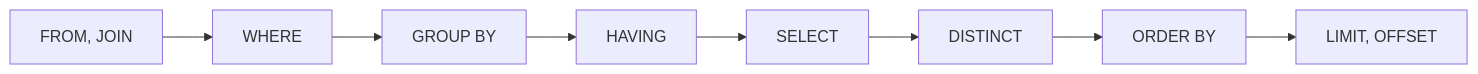
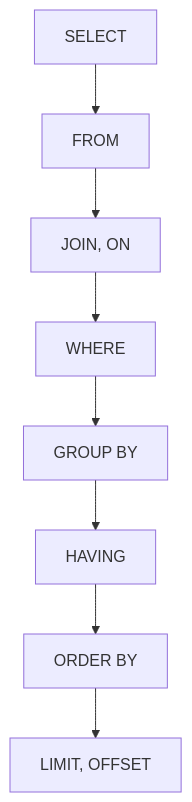
Before and after one commit to choesimin/choesimin.github.io: the first of 2 diagrams in _notes/mysql/query-execution-order.md, drawn with Mermaid. The commit also changed other lines of this file, not shown here.

````diff
--- a/_notes/mysql/query-execution-order.md
+++ b/_notes/mysql/query-execution-order.md
@@ -24,5 +12,5 @@
 ```mermaid
-flowchart LR
+flowchart TD
 
-1[FROM, JOIN] --> 2[WHERE] --> 3[GROUP BY] --> 4[HAVING] --> 5[SELECT] --> 6[DISTINCT] --> 7[ORDER BY] --> 8[LIMIT, OFFSET]
+select[SELECT] --> from[FROM] --> join[JOIN, ON] --> where[WHERE] --> group[GROUP BY] --> having[HAVING] --> order[ORDER BY] --> limit[LIMIT, OFFSET]
 ```
````
